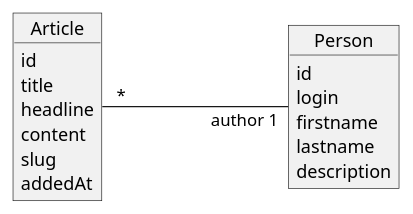
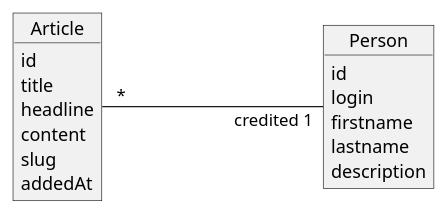
Before and after one commit to ldv-melun/spring-boot-kotlin: the first of 2 diagrams in modules/ROOT/pages/_ch04_jpa_intro.adoc, drawn with PlantUML. The commit also changed other lines of this file and 1 other file, not shown here.

```diff
--- a/modules/ROOT/pages/_ch04_jpa_intro.adoc
+++ b/modules/ROOT/pages/_ch04_jpa_intro.adoc
@@ -21,21 +18,21 @@
 [plantuml]
 ----
 Object Article{
 id
 title
 headline
 content
 slug
 addedAt
 }
 Object Person{
 id
 login
 firstname
 lastname
 description
 }
 
-Article" * " - "author 1" Person :"\t\t\t\t"
+Article" * " - "credited 1" Person :"\t\t\t\t\t"
 
 ----
```
